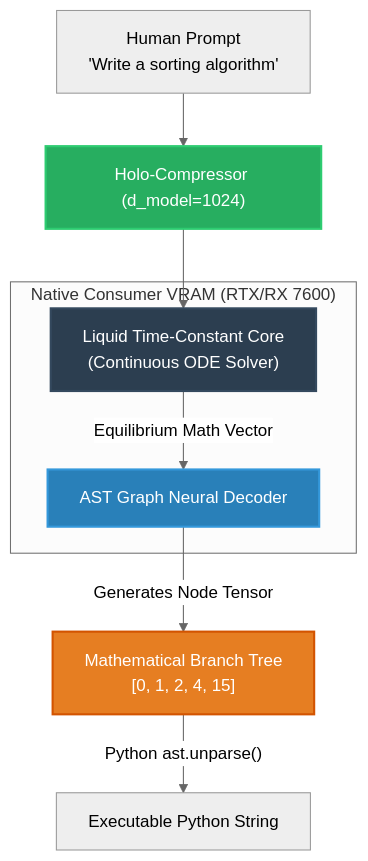
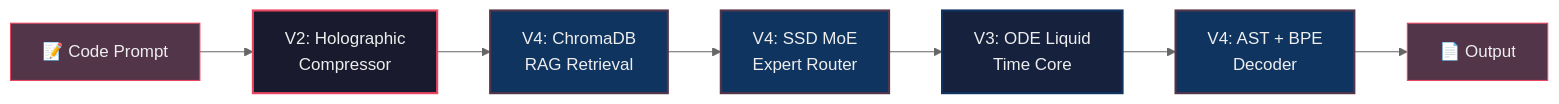
One commit to IRSPlays/SNAP-C1 changed the diagram in README.md. Above: the diagram before and after it, drawn with Mermaid (neutral theme). The commit also changed other lines of this file, not shown here.

Commit message:
docs: Update README with a comprehensive overview of the V4 architecture, key design decisions, and project structure.

````diff
--- a/README.md
+++ b/README.md
@@ -51,21 +30,14 @@
 ```mermaid
-graph TD
-    classDef core fill:#2C3E50,stroke:#34495E,stroke-width:2px,color:#fff;
-    classDef memory fill:#27AE60,stroke:#2ECC71,stroke-width:2px,color:#fff;
-    classDef target fill:#E67E22,stroke:#D35400,stroke-width:2px,color:#fff;
-    classDef decoder fill:#2980B9,stroke:#3498DB,stroke-width:2px,color:#fff;
+graph LR
+    classDef v2 fill:#1a1a2e,stroke:#e94560,stroke-width:2px,color:#eee
+    classDef v3 fill:#16213e,stroke:#0f3460,stroke-width:2px,color:#eee
+    classDef v4 fill:#0f3460,stroke:#53354a,stroke-width:2px,color:#eee
+    classDef io fill:#533549,stroke:#e94560,stroke-width:1px,color:#eee
 
-    Input["Human Prompt<br/>'Write a sorting algorithm'"] --> Compress
-    Compress["Holo-Compressor (d_model=1024)"]:::memory --> Core
-
-    subgraph "Native Consumer VRAM (RTX/RX 7600)"
-        Core["Liquid Time-Constant Core<br/>(Continuous ODE Solver)"]:::core
-        Dec["AST Graph Neural Decoder"]:::decoder
-        
-        Core -- "Equilibrium Math Vector" --> Dec
-    end
-
-    Dec -- "Generates Node Tensor" --> AST["Mathematical Branch Tree<br/>[0, 1, 2, 4, 15]"]:::target
-    
-    AST -- "Python ast.unparse()" --> Output["Executable Python String"]
+    A["📝 Code Prompt"]:::io --> B
+    B["V2: Holographic<br/>Compressor"]:::v2 --> C
+    C["V4: ChromaDB<br/>RAG Retrieval"]:::v4 --> D
+    D["V4: SSD MoE<br/>Expert Router"]:::v4 --> E
+    E["V3: ODE Liquid<br/>Time Core"]:::v3 --> F
+    F["V4: AST + BPE<br/>Decoder"]:::v4 --> G["📄 Output"]:::io
 ```
````
